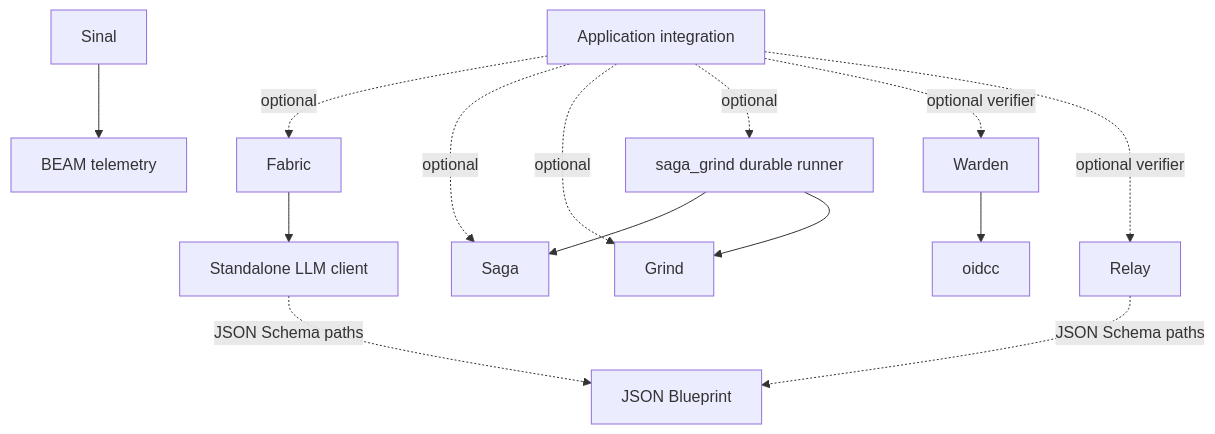
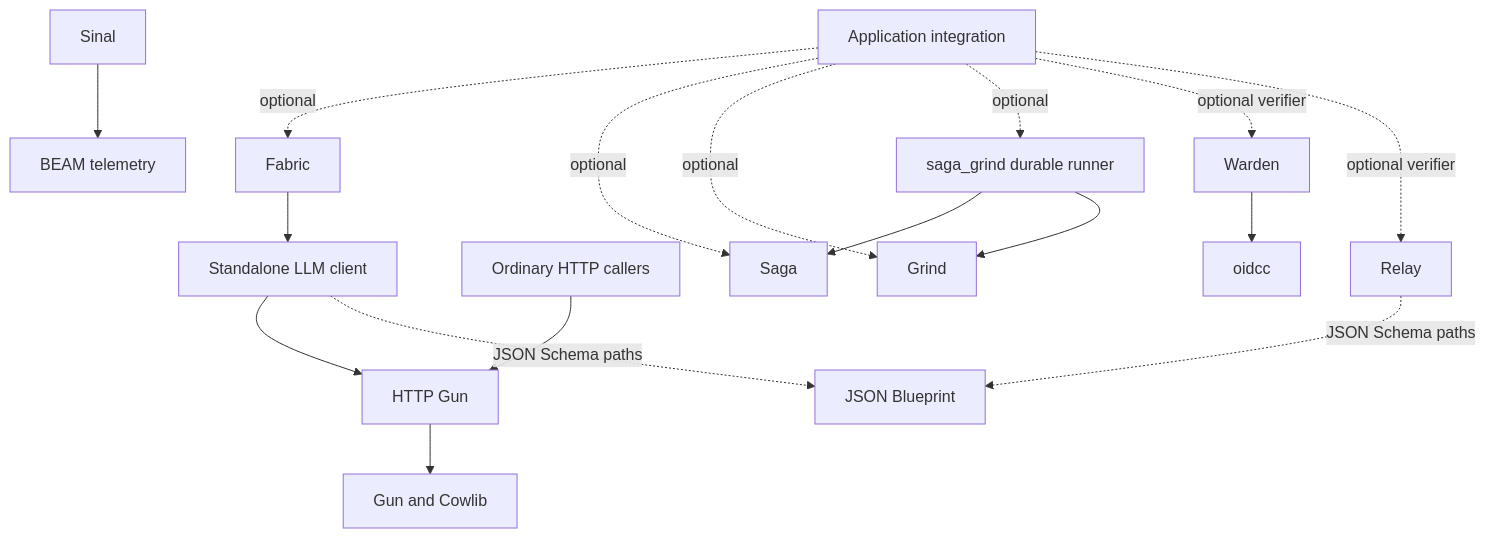
Before and after one commit to gleam-dream/oversight: the diagram in ECOSYSTEM-PLAN.md, drawn with Mermaid. The commit also changed other lines of this file and 19 other files, not shown here.

First line of the commit message:
docs: define HTTP Gun package and implementation handoff

````diff
--- a/ECOSYSTEM-PLAN.md
+++ b/ECOSYSTEM-PLAN.md
@@ -64,16 +69,19 @@
 ```mermaid
 flowchart TD
   Fabric --> LLM[Standalone LLM client]
+  LLM --> HTTP[HTTP Gun]
+  HTTP --> Gun[Gun and Cowlib]
+  Ordinary[Ordinary HTTP callers] --> HTTP
   LLM -. JSON Schema paths .-> Blueprint[JSON Blueprint]
   Relay -. JSON Schema paths .-> Blueprint
   Warden --> oidcc
   Sinal --> Telemetry[BEAM telemetry]
   Integration[Application integration] -. optional .-> Fabric
   Integration -. optional .-> Saga
   Integration -. optional .-> Grind
   SagaGrind[saga_grind durable runner] --> Saga
   SagaGrind --> Grind
   Integration -. optional .-> SagaGrind
   Integration -. optional verifier .-> Warden
   Integration -. optional verifier .-> Relay
 ```
````
